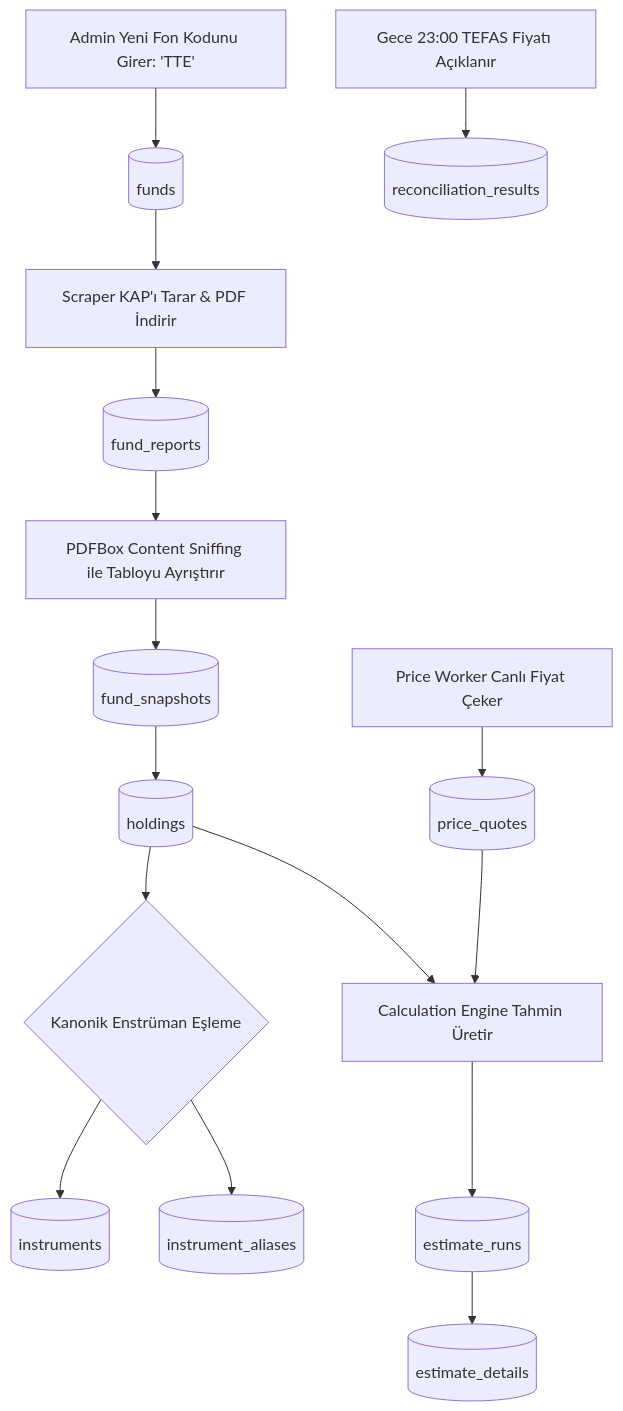
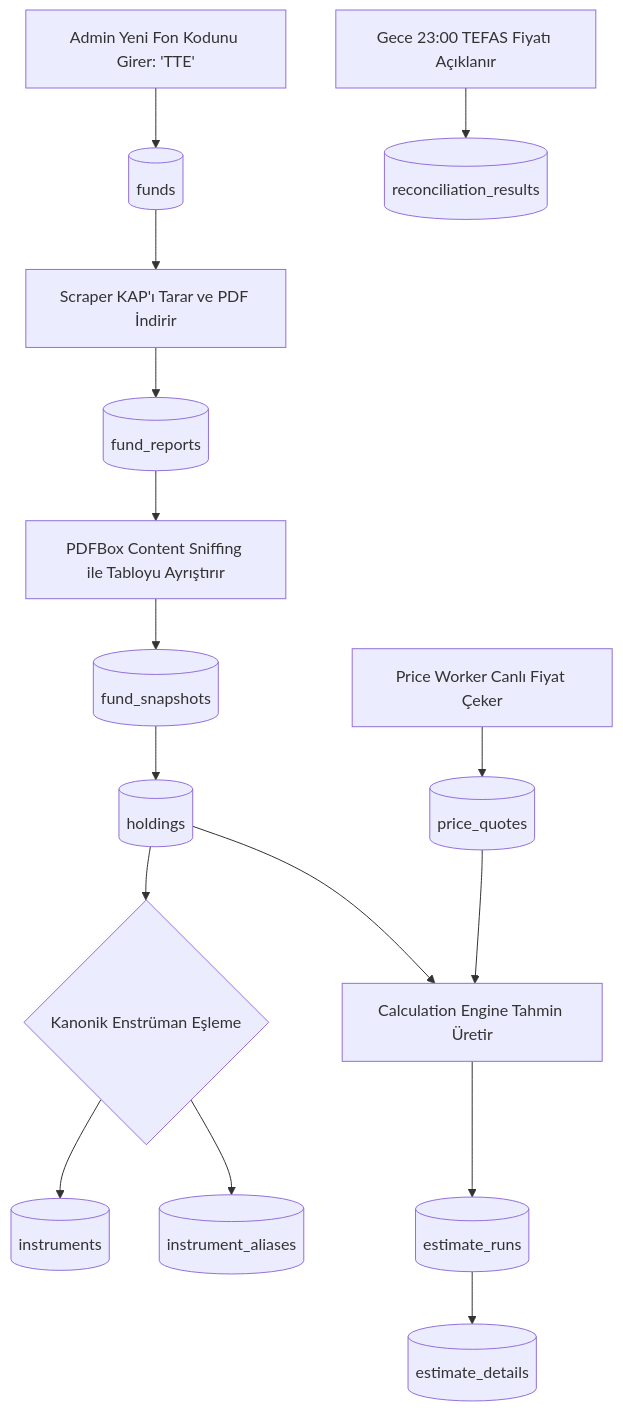
The first of 4 diagrams in README.md (yakup-yilmaz/fonmap-stajprojesi), drawn with Mermaid before and after one commit. The commit also changed other lines of this file, not shown here.

Commit message:
docs: fix Mermaid syntax and LaTeX math formatting in README

````diff
--- a/README.md
+++ b/README.md
@@ -56,17 +56,18 @@
 ```mermaid
 flowchart TD
-    A[Admin Yeni Fon Kodunu Girer: 'TTE'] --> B[(funds)]
-    B --> C[Scraper KAP'ı Tarar & PDF İndirir]
+    A["Admin Yeni Fon Kodunu Girer: 'TTE'"] --> B[(funds)]
+    B --> C["Scraper KAP'ı Tarar ve PDF İndirir"]
     C --> D[(fund_reports)]
-    D --> E[PDFBox Content Sniffing ile Tabloyu Ayrıştırır]
+    D --> E["PDFBox Content Sniffing ile Tabloyu Ayrıştırır"]
     E --> F[(fund_snapshots)]
     F --> G[(holdings)]
-    G --> H{Kanonik Enstrüman Eşleme}
+    G --> H{"Kanonik Enstrüman Eşleme"}
     H --> I[(instruments)]
     H --> J[(instrument_aliases)]
-    K[Price Worker Canlı Fiyat Çeker] --> L[(price_quotes)]
-    L & G --> M[Calculation Engine Tahmin Üretir]
+    K["Price Worker Canlı Fiyat Çeker"] --> L[(price_quotes)]
+    L --> M["Calculation Engine Tahmin Üretir"]
+    G --> M
     M --> N[(estimate_runs)]
     N --> O[(estimate_details)]
-    P[Gece 23:00 TEFAS Fiyatı Açıklanır] --> Q[(reconciliation_results)]
+    P["Gece 23:00 TEFAS Fiyatı Açıklanır"] --> Q[(reconciliation_results)]
 ```
````
